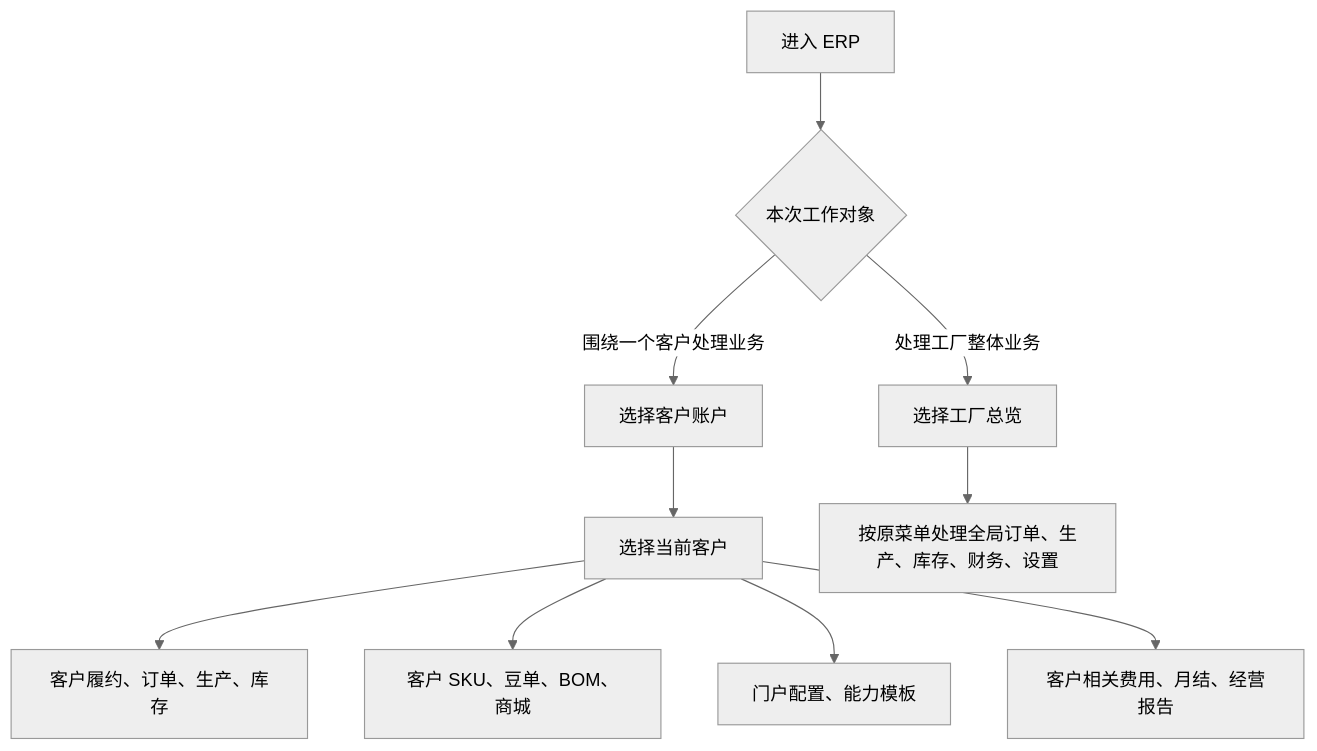
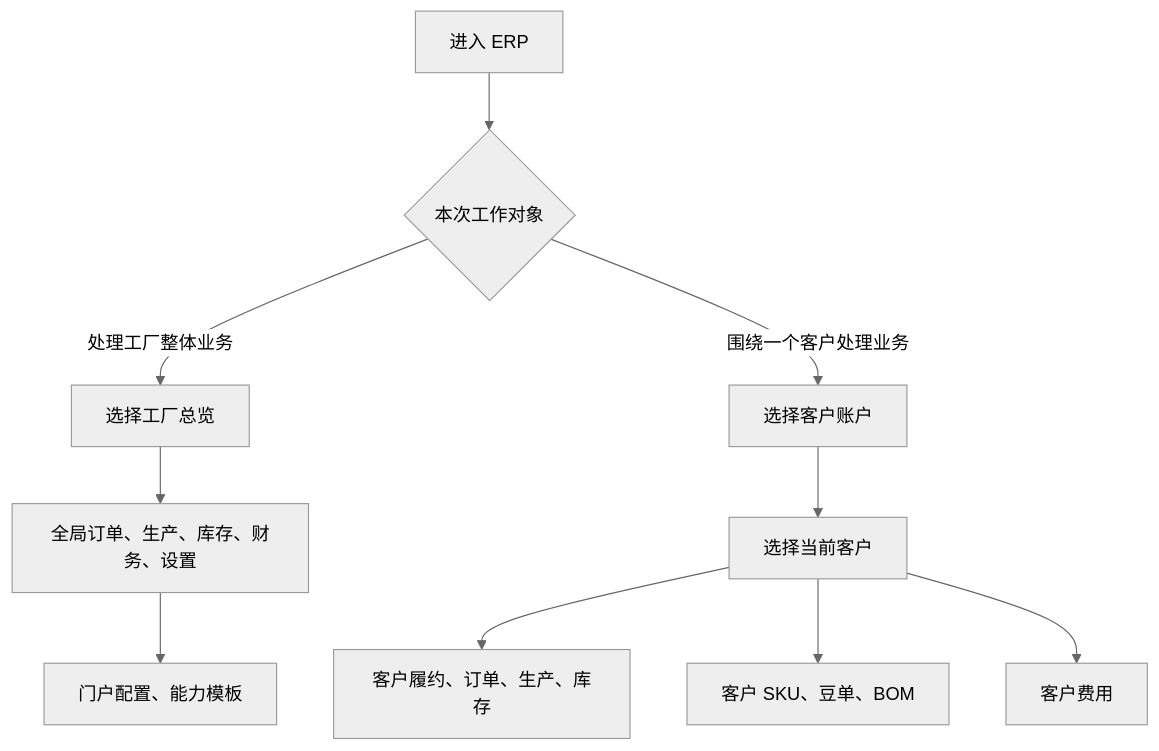
Before and after one commit to Backstage2539/KFerp: the diagram in orderapp-remote/docs/OP_MANUAL_WORKSPACE_MODE.md, drawn with Mermaid (neutral theme). The commit also changed other lines of this file and 28 other files, not shown here.

````diff
--- a/orderapp-remote/docs/OP_MANUAL_WORKSPACE_MODE.md
+++ b/orderapp-remote/docs/OP_MANUAL_WORKSPACE_MODE.md
@@ -12,12 +14,12 @@
 ```mermaid
 flowchart TD
   A["进入 ERP"] --> B{"本次工作对象"}
   B -->|处理工厂整体业务| C["选择工厂总览"]
   B -->|围绕一个客户处理业务| D["选择客户账户"]
   D --> E["选择当前客户"]
   E --> F["客户履约、订单、生产、库存"]
-  E --> G["客户 SKU、豆单、BOM、商城"]
-  E --> H["门户配置、能力模板"]
-  E --> I["客户相关费用、月结、经营报告"]
-  C --> J["按原菜单处理全局订单、生产、库存、财务、设置"]
+  E --> G["客户 SKU、豆单、BOM"]
+  E --> H["客户费用"]
+  C --> I["全局订单、生产、库存、财务、设置"]
+  I --> J["门户配置、能力模板"]
 ```
````
